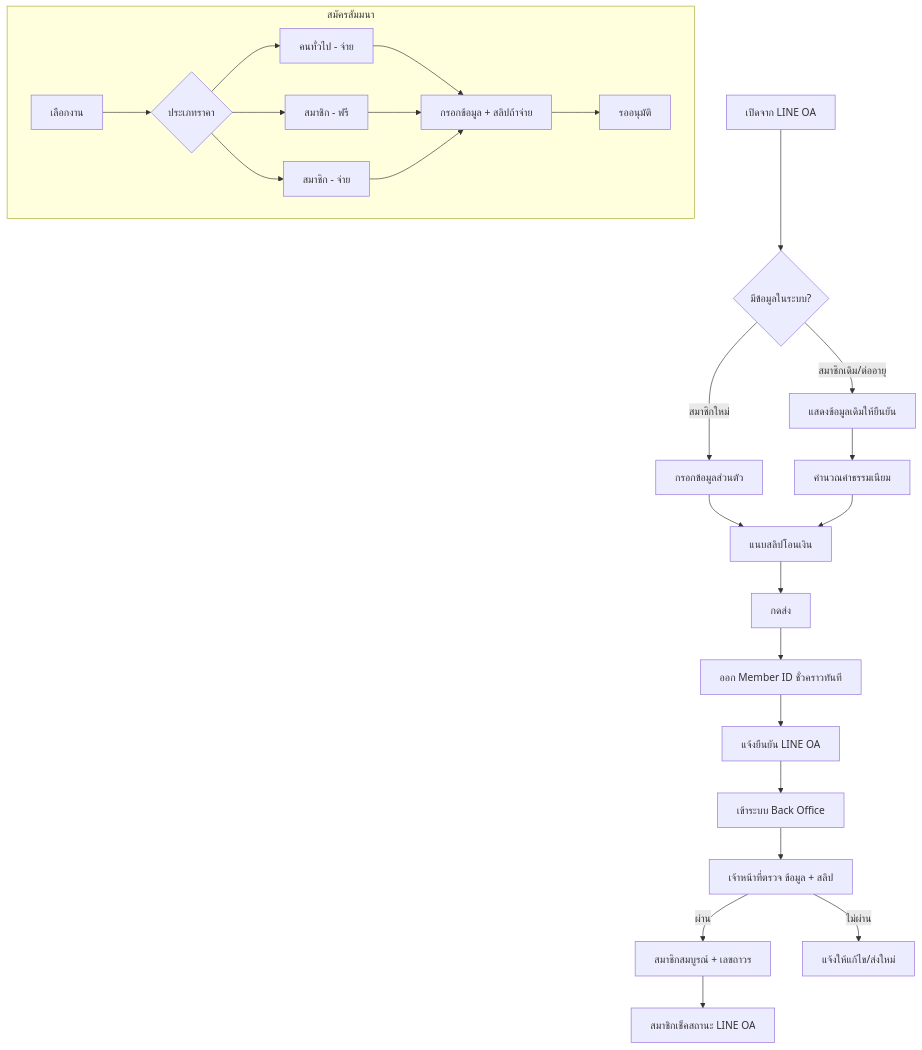
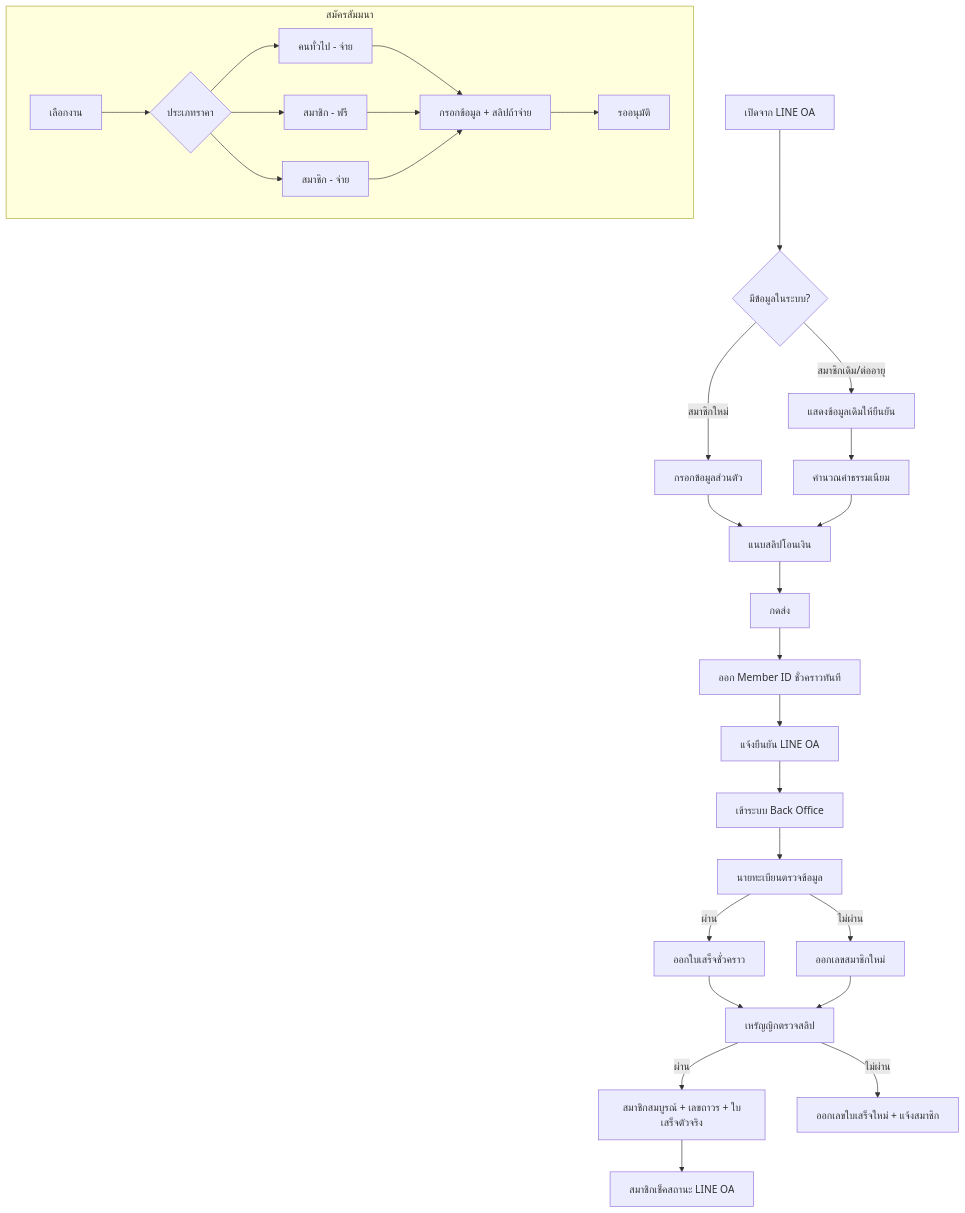
One commit to Cakenomsod/Fastwork_ABTA changed the second of 2 diagrams in .cursor/plans/verify_abta_flow_31477412.plan.md. Above: the diagram before and after it, drawn with Mermaid. The commit also changed other lines of this file and 7 other files, not shown here.

Commit message:
Update membership flow: revised issuance of temporary receipts to occur after registrar approval, rather than immediately upon registration. Adjusted related documentation and workflows accordingly.

````diff
--- a/.cursor/plans/verify_abta_flow_31477412.plan.md
+++ b/.cursor/plans/verify_abta_flow_31477412.plan.md
@@ -147,28 +150,32 @@
 ```mermaid
 flowchart TD
     start[เปิดจาก LINE OA] --> check{มีข้อมูลในระบบ?}
     check -->|สมาชิกเดิม/ต่ออายุ| show[แสดงข้อมูลเดิมให้ยืนยัน]
     check -->|สมาชิกใหม่| form[กรอกข้อมูลส่วนตัว]
     show --> pay[คำนวณค่าธรรมเนียม]
     form --> slip[แนบสลิปโอนเงิน]
     pay --> slip
     slip --> submit[กดส่ง]
     submit --> tempId[ออก Member ID ชั่วคราวทันที]
     tempId --> notify[แจ้งยืนยัน LINE OA]
     notify --> backoffice[เข้าระบบ Back Office]
-    backoffice --> review[เจ้าหน้าที่ตรวจ ข้อมูล + สลิป]
-    review -->|ผ่าน| approved[สมาชิกสมบูรณ์ + เลขถาวร]
-    review -->|ไม่ผ่าน| reject[แจ้งให้แก้ไข/ส่งใหม่]
+    backoffice --> regReview[นายทะเบียนตรวจข้อมูล]
+    regReview -->|ผ่าน| tempReceipt[ออกใบเสร็จชั่วคราว]
+    regReview -->|ไม่ผ่าน| newMemberId[ออกเลขสมาชิกใหม่]
+    tempReceipt --> treasReview[เหรัญญิกตรวจสลิป]
+    newMemberId --> treasReview
+    treasReview -->|ผ่าน| approved[สมาชิกสมบูรณ์ + เลขถาวร + ใบเสร็จตัวจริง]
+    treasReview -->|ไม่ผ่าน| reject[ออกเลขใบเสร็จใหม่ + แจ้งสมาชิก]
     approved --> lineStatus[สมาชิกเช็คสถานะ LINE OA]
 
     subgraph seminar [สมัครสัมมนา]
         s1[เลือกงาน] --> s2{ประเภทราคา}
         s2 --> s3a[คนทั่วไป - จ่าย]
         s2 --> s3b[สมาชิก - ฟรี]
         s2 --> s3c[สมาชิก - จ่าย]
         s3a --> s4[กรอกข้อมูล + สลิปถ้าจ่าย]
         s3b --> s4
         s3c --> s4
         s4 --> s5[รออนุมัติ]
     end
 ```
````
